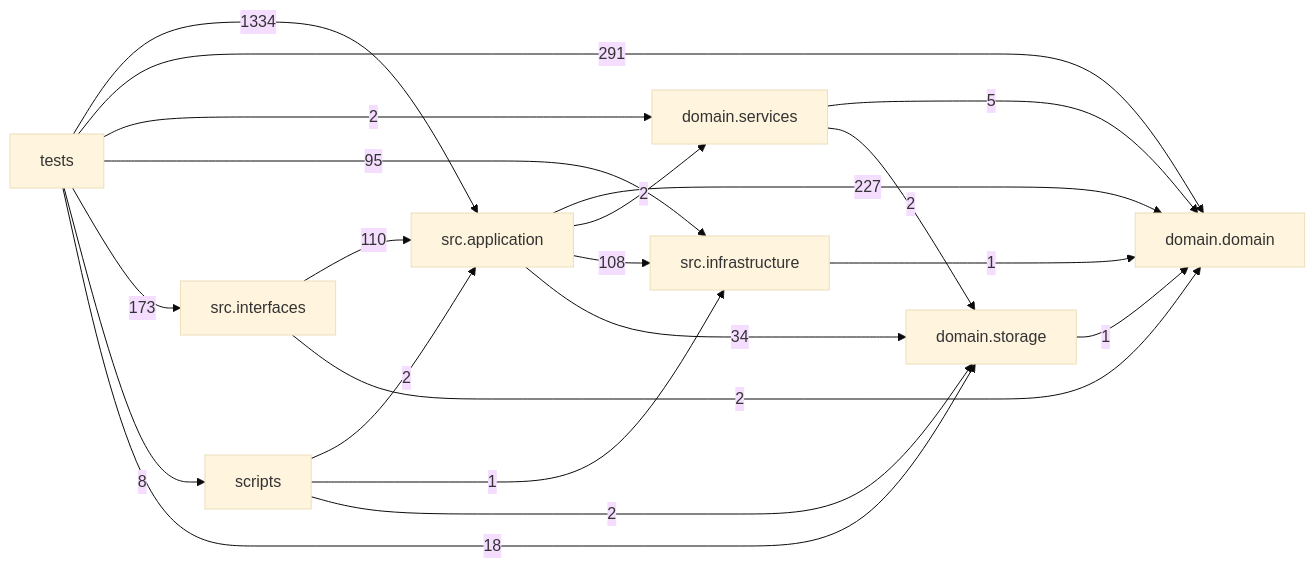
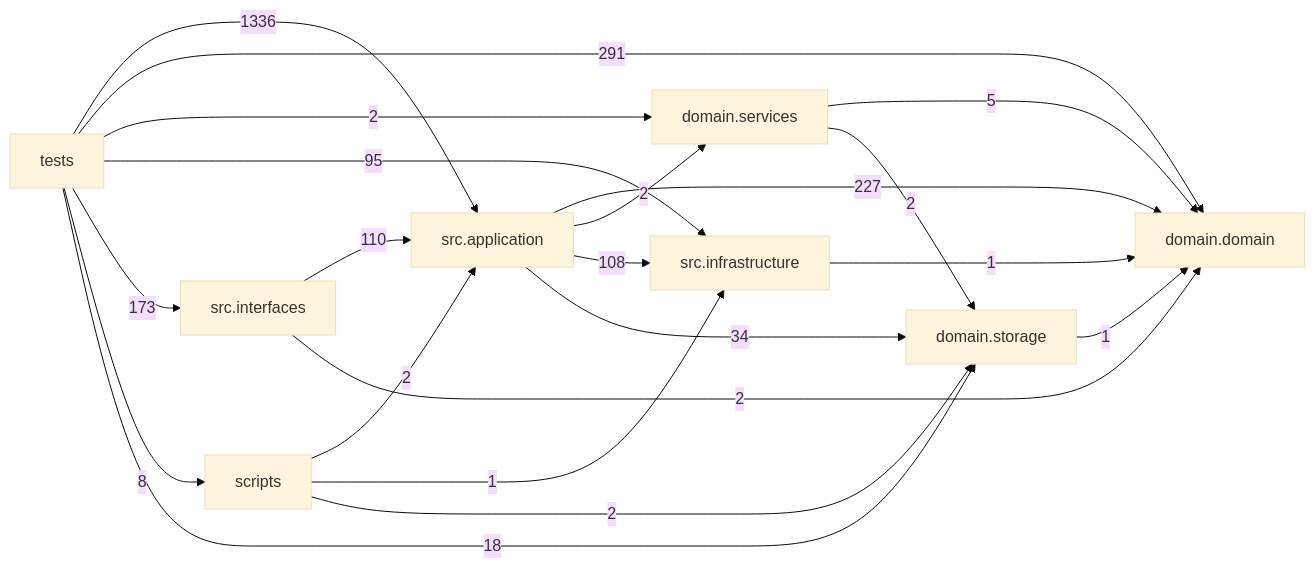
Before and after one commit to liuxie066/options-monitor: the diagram in docs/DEPENDENCY_GRAPH.md, drawn with Mermaid (base theme). The commit also changed other lines of this file, not shown here.

Commit message:
Refresh dependency graph for release

````diff
--- a/docs/DEPENDENCY_GRAPH.md
+++ b/docs/DEPENDENCY_GRAPH.md
@@ -24,31 +24,31 @@
 ```mermaid
 flowchart LR
   tests["tests"]
   scripts["scripts"]
   interfaces["src.interfaces"]
   application["src.application"]
   infrastructure["src.infrastructure"]
   domain_services["domain.services"]
   domain["domain.domain"]
   storage["domain.storage"]
   application -->|227| domain
   application -->|2| domain_services
   application -->|108| infrastructure
   application -->|34| storage
   domain_services -->|5| domain
   domain_services -->|2| storage
   infrastructure -->|1| domain
   interfaces -->|110| application
   interfaces -->|2| domain
   scripts -->|2| application
   scripts -->|1| infrastructure
   scripts -->|2| storage
   storage -->|1| domain
-  tests -->|1334| application
+  tests -->|1336| application
   tests -->|291| domain
   tests -->|2| domain_services
   tests -->|95| infrastructure
   tests -->|173| interfaces
   tests -->|8| scripts
   tests -->|18| storage
 ```
````
